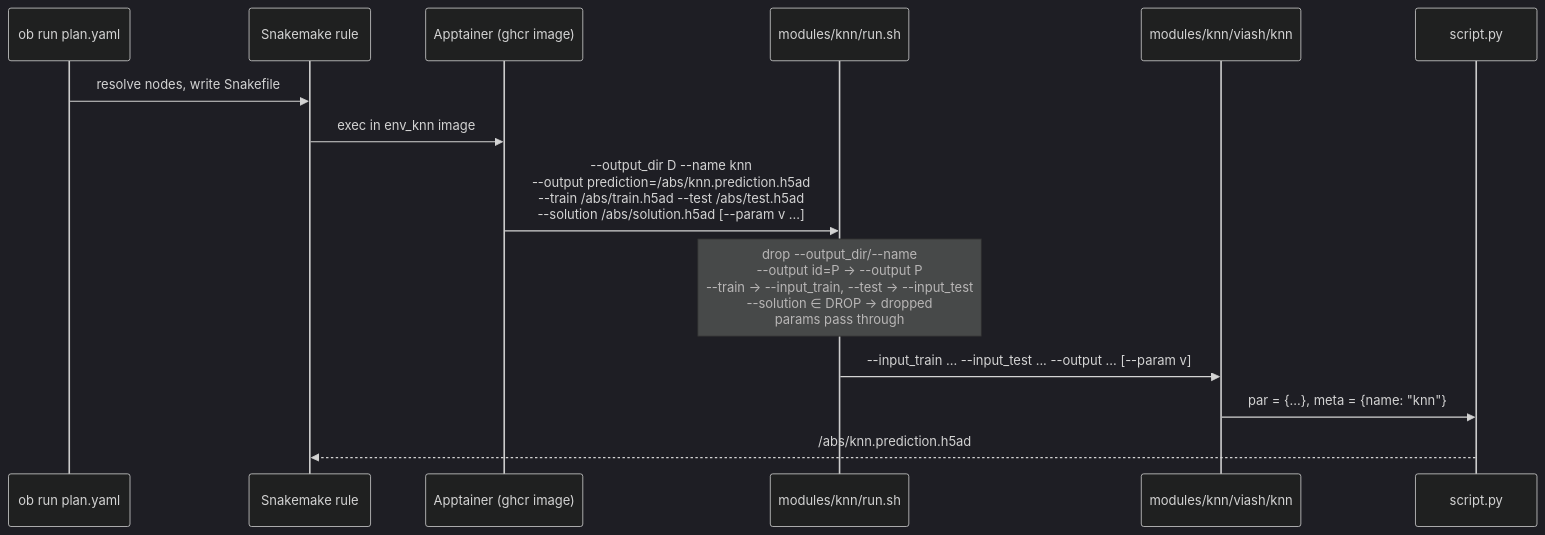
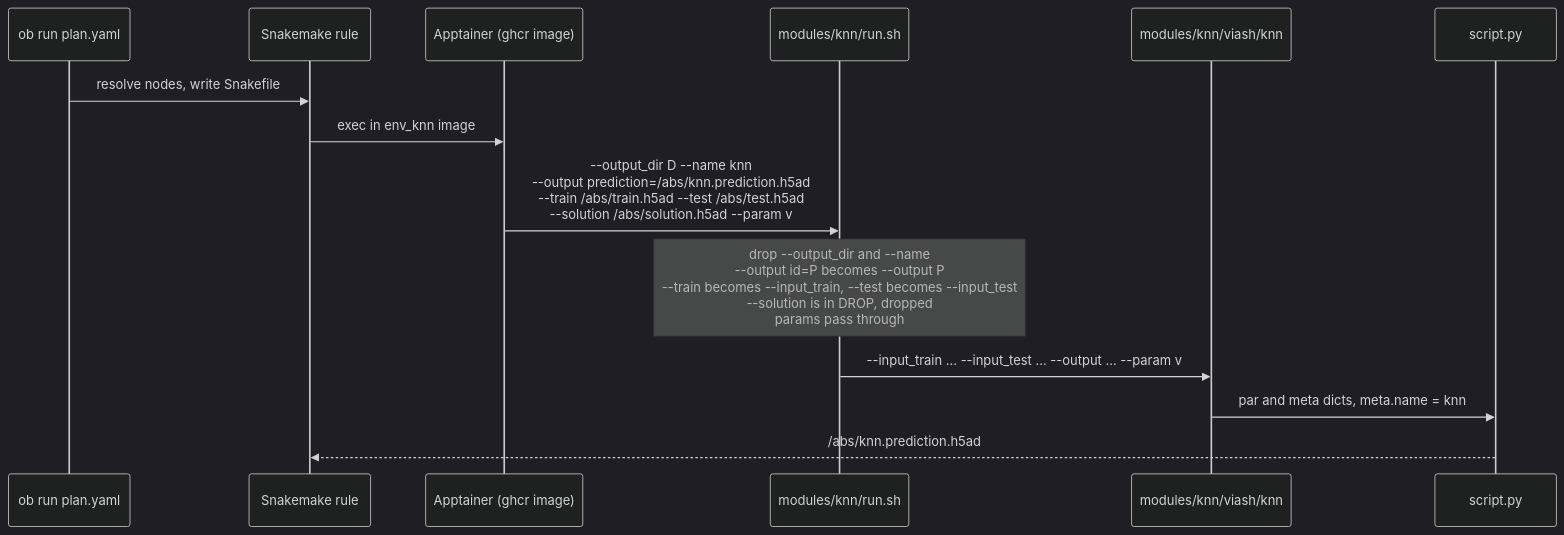
One commit to btraven00/omni-label-projection changed the second of 2 diagrams in doc/design.md. Above: the diagram before and after it, drawn with Mermaid (dark theme). The commit also changed other lines of this file, not shown here.

Commit message:
doc: mermaid labels GitHub can parse

````diff
--- a/doc/design.md
+++ b/doc/design.md
@@ -63,17 +63,17 @@
 ```mermaid
 sequenceDiagram
     participant ob as ob run plan.yaml
     participant smk as Snakemake rule
     participant apt as Apptainer (ghcr image)
     participant run as modules/knn/run.sh
     participant vx as modules/knn/viash/knn
     participant py as script.py
 
     ob->>smk: resolve nodes, write Snakefile
     smk->>apt: exec in env_knn image
-    apt->>run: --output_dir D --name knn<br/>--output prediction=/abs/knn.prediction.h5ad<br/>--train /abs/train.h5ad --test /abs/test.h5ad<br/>--solution /abs/solution.h5ad [--param v ...]
-    Note over run: drop --output_dir/--name<br/>--output id=P → --output P<br/>--train → --input_train, --test → --input_test<br/>--solution ∈ DROP → dropped<br/>params pass through
-    run->>vx: --input_train ... --input_test ... --output ... [--param v]
-    vx->>py: par = {...}, meta = {name: "knn"}
+    apt->>run: --output_dir D --name knn<br/>--output prediction=/abs/knn.prediction.h5ad<br/>--train /abs/train.h5ad --test /abs/test.h5ad<br/>--solution /abs/solution.h5ad --param v
+    Note over run: drop --output_dir and --name<br/>--output id=P becomes --output P<br/>--train becomes --input_train, --test becomes --input_test<br/>--solution is in DROP, dropped<br/>params pass through
+    run->>vx: --input_train ... --input_test ... --output ... --param v
+    vx->>py: par and meta dicts, meta.name = knn
     py-->>smk: /abs/knn.prediction.h5ad
 ```
````
